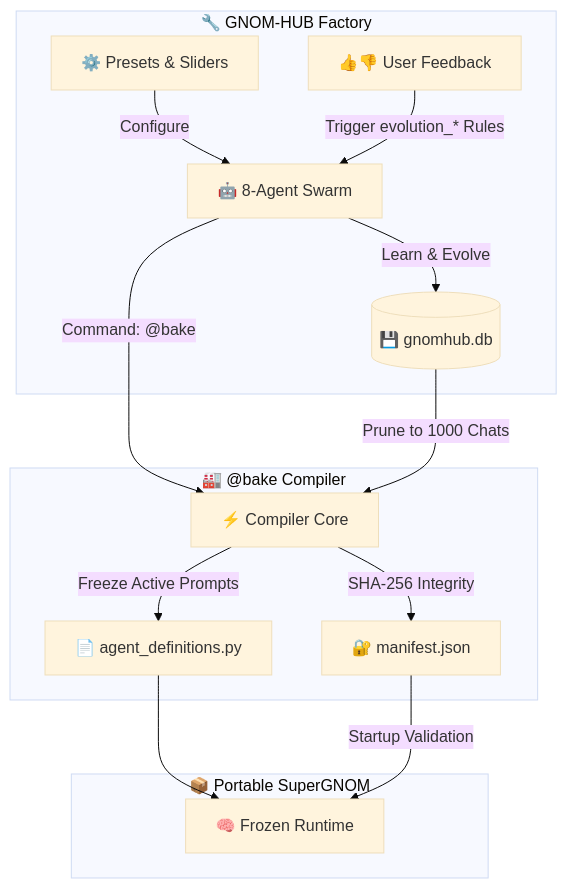
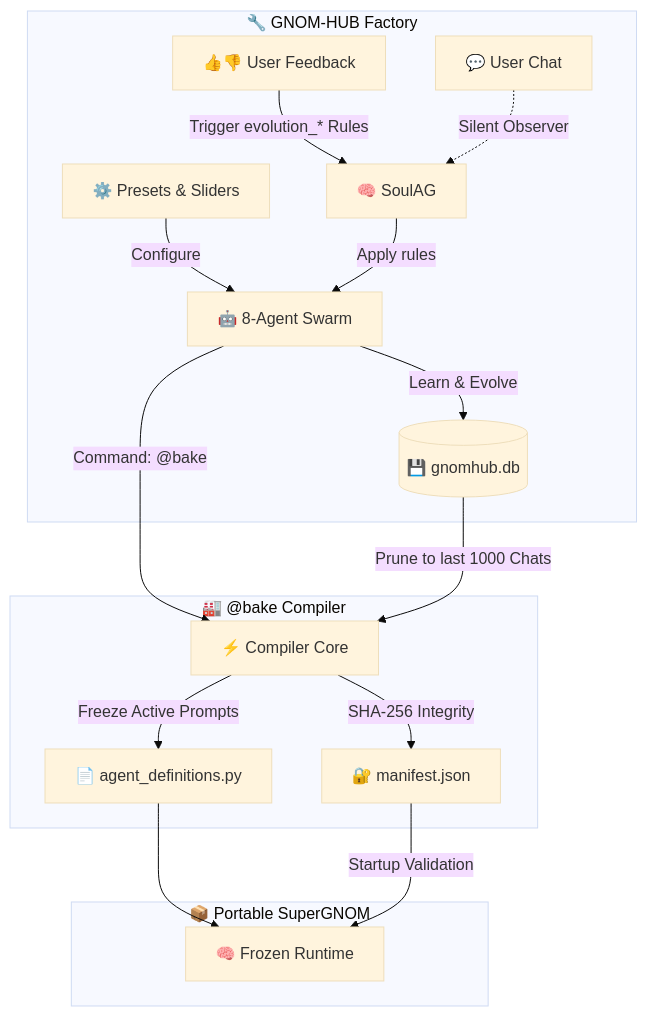
Before and after one commit to landjunge/gnom-hub: the first of 2 diagrams in README.md, drawn with Mermaid (base theme). The commit also changed other lines of this file and 7 other files, not shown here.

First line of the commit message:
docs(readme): diagram fact-check + fresh screenshots (current state)

````diff
--- a/README.md
+++ b/README.md
@@ -217,20 +217,22 @@
 ```mermaid
 graph TD
     subgraph Forge ["🔧 GNOM-HUB Factory"]
         P["⚙️ Presets & Sliders"] -->|Configure| GH["🤖 8-Agent Swarm"]
         GH -->|"Learn & Evolve"| DB[("💾 gnomhub.db")]
-        FB["👍👎 User Feedback"] -->|"Trigger evolution_* Rules"| GH
+        FB["👍👎 User Feedback"] -->|"Trigger evolution_* Rules"| So["🧠 SoulAG"]
+        So -->|"Apply rules"| GH
+        Chat["💬 User Chat"] -.->|"Silent Observer"| So
     end
     
     subgraph Compiler ["🏭 @bake Compiler"]
         GH -->|"Command: @bake"| C["⚡ Compiler Core"]
-        DB -->|"Prune to 1000 Chats"| C
+        DB -->|"Prune to last 1000 Chats"| C
         C -->|"Freeze Active Prompts"| AD["📄 agent_definitions.py"]
         C -->|"SHA-256 Integrity"| M["🔐 manifest.json"]
     end
 
     subgraph Product ["📦 Portable SuperGNOM"]
         AD --> SG["🧠 Frozen Runtime"]
         M -->|"Startup Validation"| SG
     end
 ```
````
